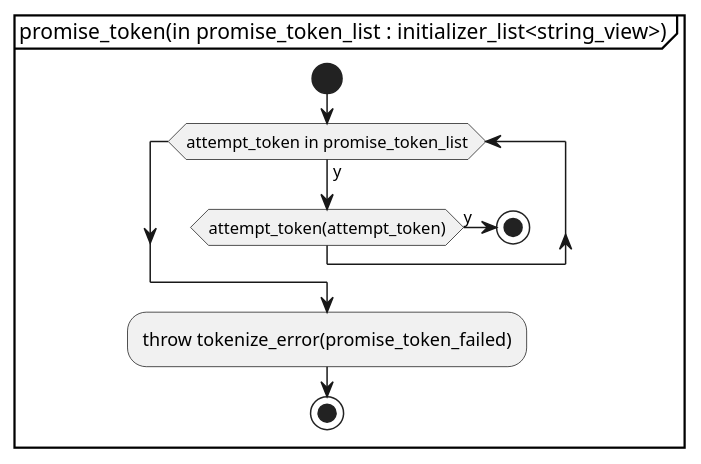
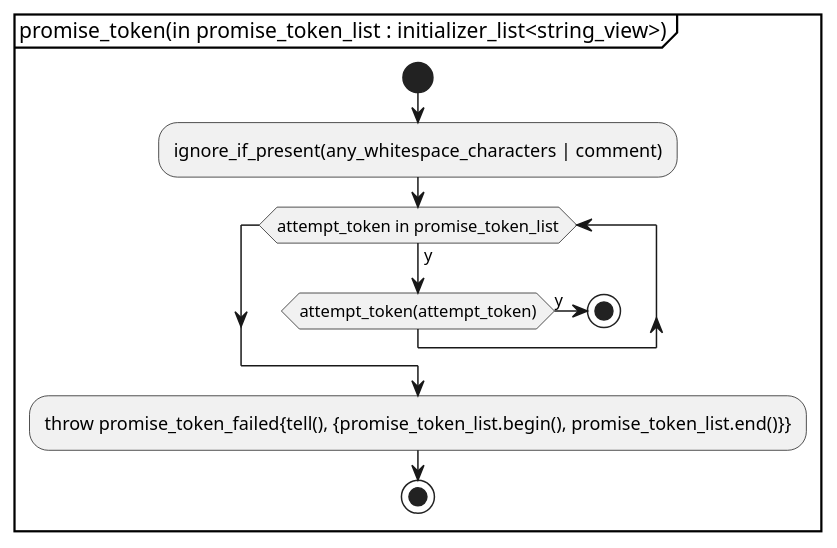
Before and after one commit to KodaiYM/PDFReader: the fourth of 5 diagrams in document/document_reader/ipdfstream/object_stream/tokenizer/tokenizer.activity.pu, drawn with PlantUML. The commit also changed other lines of this file and 23 other files, not shown here.

```diff
--- a/document/document_reader/ipdfstream/object_stream/tokenizer/tokenizer.activity.pu
+++ b/document/document_reader/ipdfstream/object_stream/tokenizer/tokenizer.activity.pu
@@ -42,13 +47,15 @@
 @startuml promise_token
 partition "promise_token(in promise_token_list : initializer_list<string_view>)" {
 start
+	:ignore_if_present(any_whitespace_characters | comment);
+
 	while (attempt_token in promise_token_list) is (y)
 		if (attempt_token(attempt_token)) then (y)
 			stop
 		endif
 	endwhile
 
-	:throw tokenize_error(promise_token_failed);
+	:throw promise_token_failed{tell(), {promise_token_list.begin(), promise_token_list.end()}};
 stop
 }
 @enduml
```
